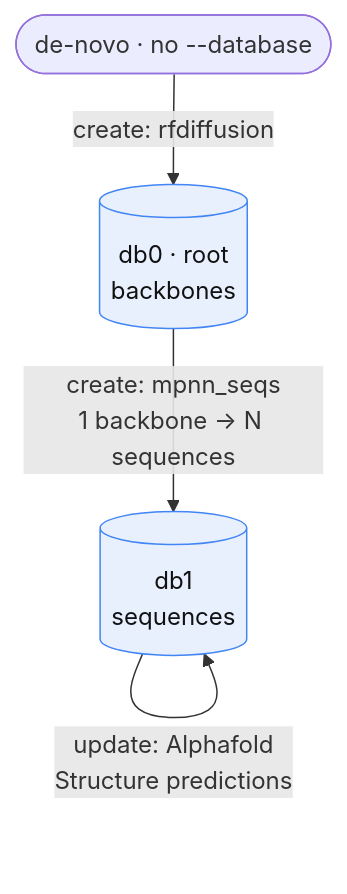
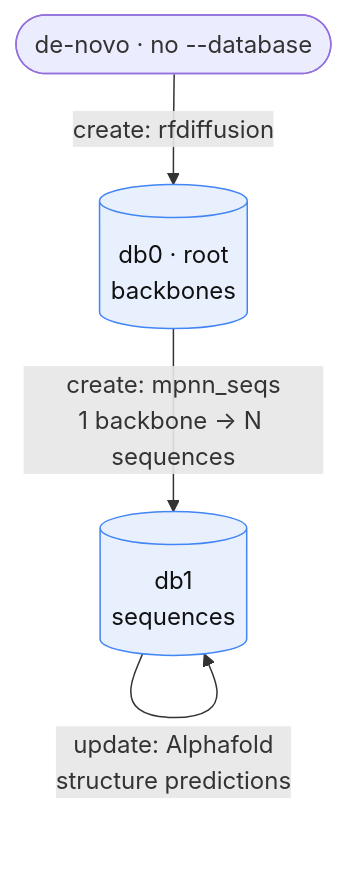
Before and after one commit to jlmoraleshellin/prosapia: the diagram in README.md, drawn with Mermaid. The commit also changed other lines of this file and 4 other files, not shown here.

Commit message:
docs: refac prosapia definition and update architecture diagram

````diff
--- a/README.md
+++ b/README.md
@@ -178,14 +143,13 @@
 ```mermaid
 flowchart TD
     S(["de-novo · no --database"])
     R[("db0 · root<br/>backbones")]
     A[("db1<br/>sequences")]
 
     S -->|"create: rfdiffusion"| R
     R -->|"create: mpnn_seqs<br/>1 backbone → N sequences"| A
-    A -->|"update: alphafold3<br/>predict + score in place"| A
-    A -->|"update: Alphafold<br/>Structure predictions"| A
+    A -->|"update: Alphafold<br/>structure predictions"| A
 
     classDef db fill:#e8f0fe,stroke:#4285f4,color:#111;
     class R,A db;
 ```
````
